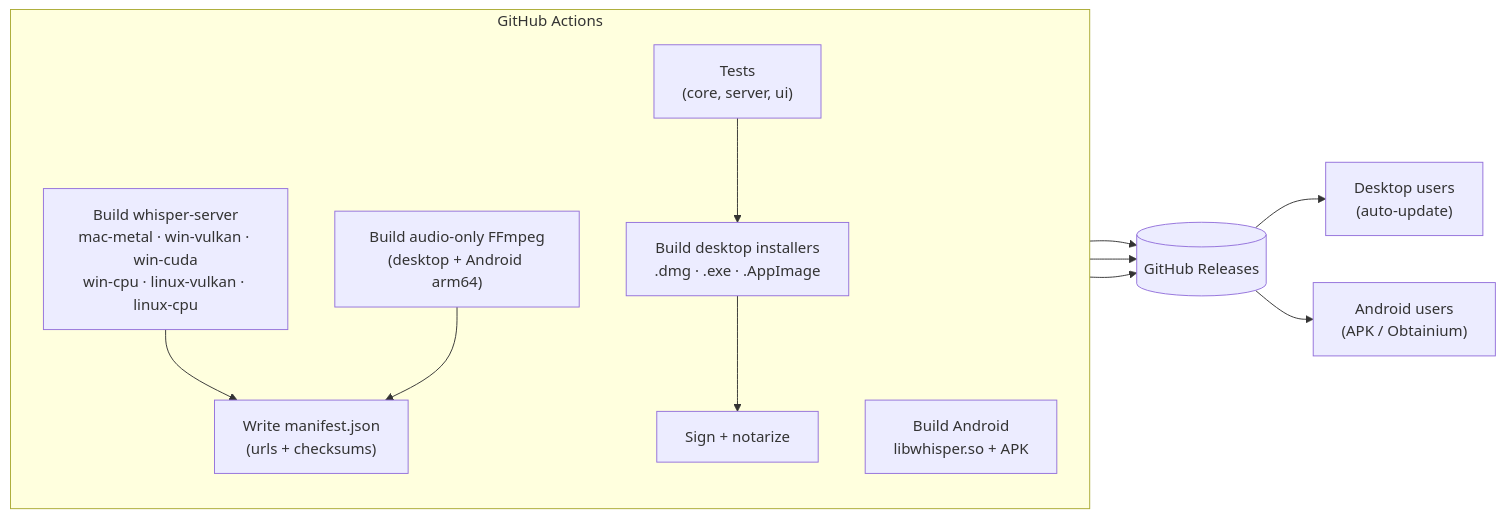
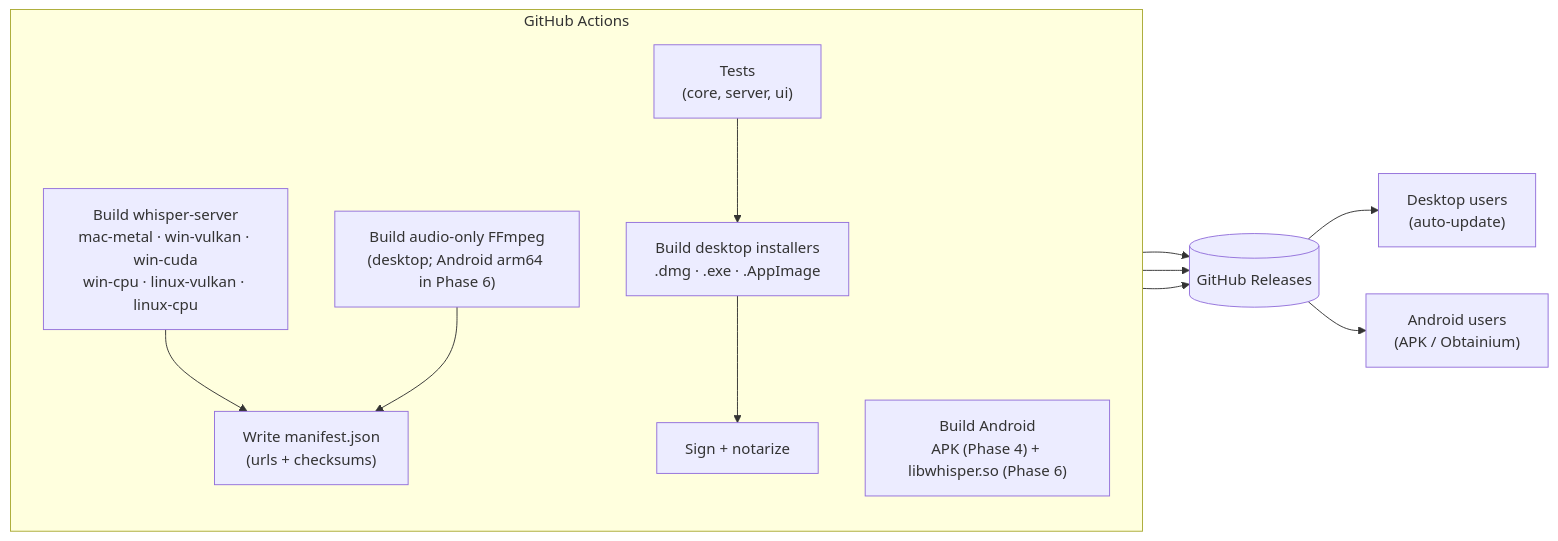
Diagram 21 of 21 in PLAN.md (PrathameshBelvalkar/web-asmrone), drawn with Mermaid before and after one commit. The commit also changed other lines of this file, not shown here.

````diff
--- a/PLAN.md
+++ b/PLAN.md
@@ -760,22 +944,22 @@
 ```mermaid
 flowchart LR
     subgraph CI["GitHub Actions"]
         direction TB
         T["Tests<br/>(core, server, ui)"]
         BW["Build whisper-server<br/>mac-metal · win-vulkan · win-cuda<br/>win-cpu · linux-vulkan · linux-cpu"]
-        BF["Build audio-only FFmpeg<br/>(desktop + Android arm64)"]
-        BA["Build Android<br/>libwhisper.so + APK"]
+        BF["Build audio-only FFmpeg<br/>(desktop; Android arm64 in Phase 6)"]
+        BA["Build Android<br/>APK (Phase 4) + libwhisper.so (Phase 6)"]
         BD["Build desktop installers<br/>.dmg · .exe · .AppImage"]
         SIGN["Sign + notarize"]
         MAN["Write manifest.json<br/>(urls + checksums)"]
         T --> BD
         BW --> MAN
         BF --> MAN
         BD --> SIGN
     end
     MAN --> REL[("GitHub Releases")]
     SIGN --> REL
     BA --> REL
     REL --> U1["Desktop users<br/>(auto-update)"]
     REL --> U2["Android users<br/>(APK / Obtainium)"]
 ```
````
